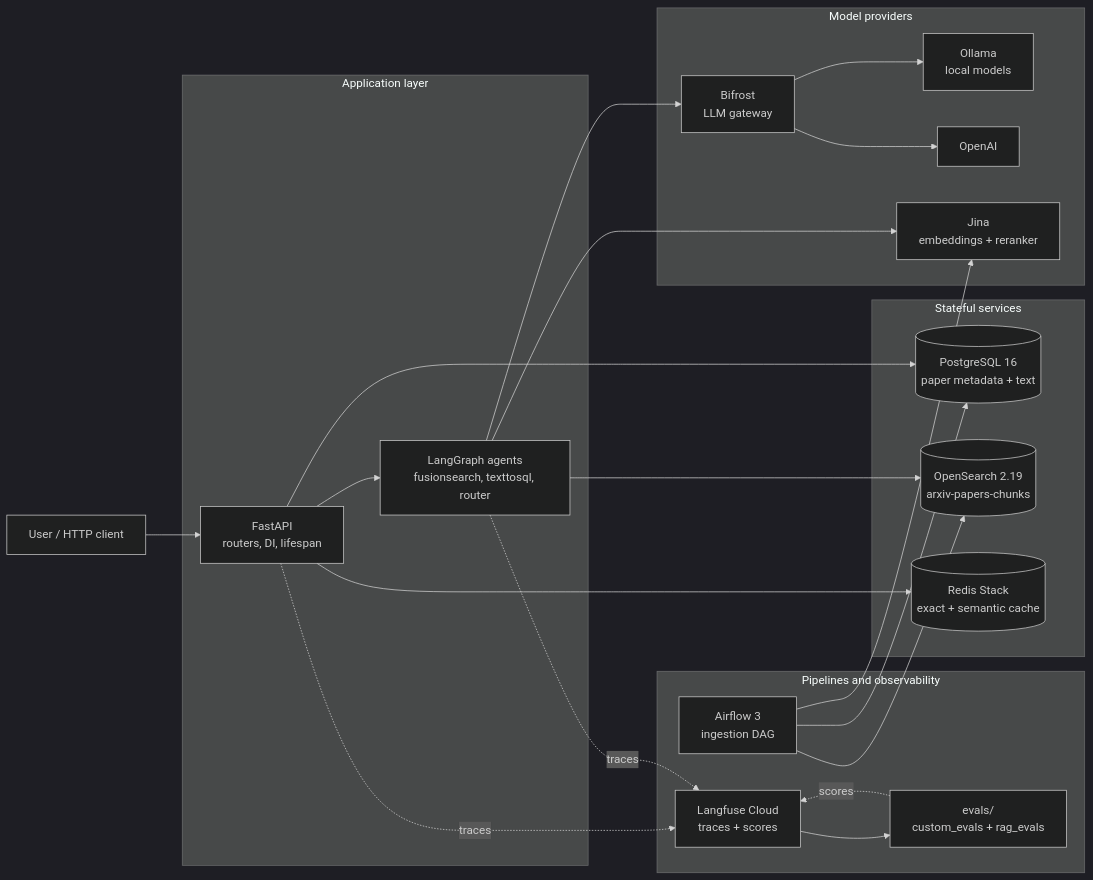
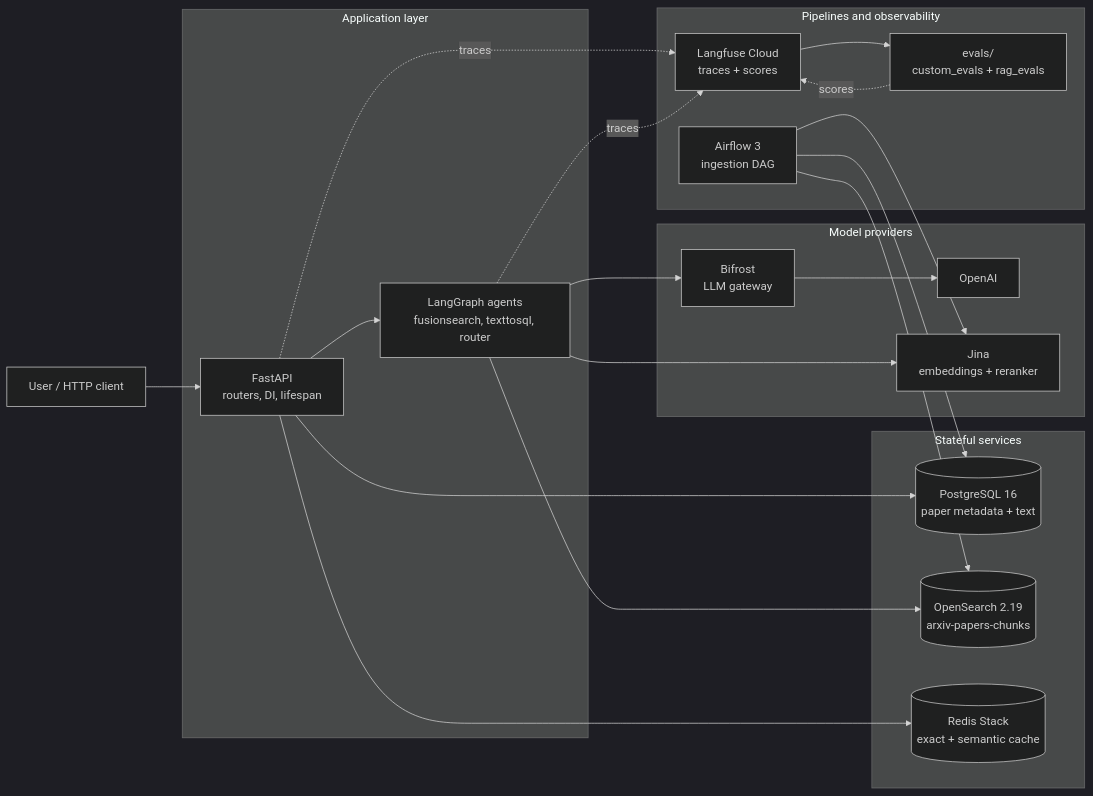
The first of 12 diagrams in docs/ARTICLE.md (apssouza22/production-rag), drawn with Mermaid (dark theme) before and after one commit. The commit also changed other lines of this file and 40 other files, not shown here.

````diff
--- a/docs/ARTICLE.md
+++ b/docs/ARTICLE.md
@@ -33,44 +33,42 @@
 ```mermaid
 flowchart LR
     U["User / HTTP client"] --> API
 
     subgraph app["Application layer"]
         API["FastAPI<br/>routers, DI, lifespan"]
         AG["LangGraph agents<br/>fusionsearch, texttosql, router"]
     end
 
     subgraph data["Stateful services"]
         PG[("PostgreSQL 16<br/>paper metadata + text")]
         OS[("OpenSearch 2.19<br/>arxiv-papers-chunks")]
         RD[("Redis Stack<br/>exact + semantic cache")]
     end
 
     subgraph models["Model providers"]
         BF["Bifrost<br/>LLM gateway"]
-        OL["Ollama<br/>local models"]
         OA["OpenAI"]
         JI["Jina<br/>embeddings + reranker"]
     end
 
     subgraph ops["Pipelines and observability"]
         AF["Airflow 3<br/>ingestion DAG"]
         LF["Langfuse Cloud<br/>traces + scores"]
         EV["evals/<br/>custom_evals + rag_evals"]
     end
 
     API --> AG
     API --> RD
     API --> PG
     AG --> OS
     AG --> BF
     AG --> JI
-    BF --> OL
     BF --> OA
     AF --> PG
     AF --> OS
     AF --> JI
     API -.->|"traces"| LF
     AG -.->|"traces"| LF
     LF --> EV
     EV -.->|"scores"| LF
 ```
````
